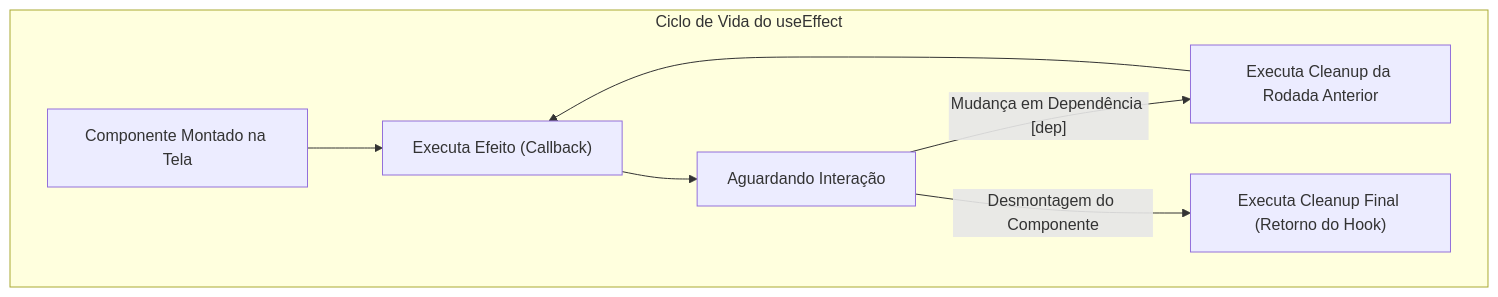
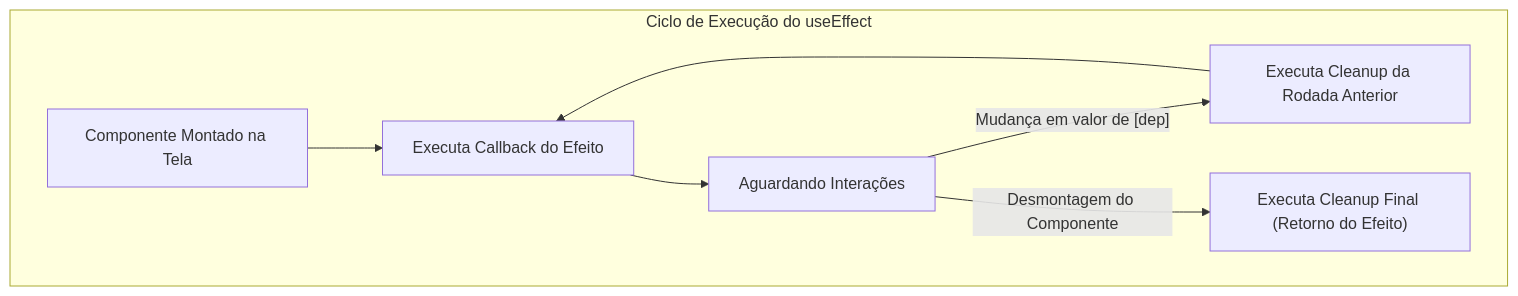
The fifth of 5 diagrams in fontes_de_estudo/conhecimentos_especificos_b02_ti/05_desenvolvimento_de_sistemas/03_desenvolvimento_frontend_html_css_react_typescript.md (thiagosantos346/TCE-GO-2027), drawn with Mermaid before and after one commit. The commit also changed other lines of this file and 119 other files, not shown here.

````diff
--- a/fontes_de_estudo/conhecimentos_especificos_b02_ti/05_desenvolvimento_de_sistemas/03_desenvolvimento_frontend_html_css_react_typescript.md
+++ b/fontes_de_estudo/conhecimentos_especificos_b02_ti/05_desenvolvimento_de_sistemas/03_desenvolvimento_frontend_html_css_react_typescript.md
@@ -190,10 +451,10 @@
 ```mermaid
 flowchart TD
-    subgraph CicloUseEffect["Ciclo de Vida do useEffect"]
-        Montagem["Componente Montado na Tela"] --> Exec["Executa Efeito (Callback)"]
-        Exec --> Espera["Aguardando Interação"]
-        Espera -->|"Mudança em Dependência [dep]"| Clean1["Executa Cleanup da Rodada Anterior"]
-        Clean1 --> Exec
-        Espera -->|"Desmontagem do Componente"| CleanFinal["Executa Cleanup Final (Retorno do Hook)"]
+    subgraph Ciclo["Ciclo de Execução do useEffect"]
+        Mount["Componente Montado na Tela"] --> Run["Executa Callback do Efeito"]
+        Run --> Wait["Aguardando Interações"]
+        Wait -->|"Mudança em valor de [dep]"| Clean1["Executa Cleanup da Rodada Anterior"]
+        Clean1 --> Run
+        Wait -->|"Desmontagem do Componente"| CleanFinal["Executa Cleanup Final (Retorno do Efeito)"]
     end
 ```
````
